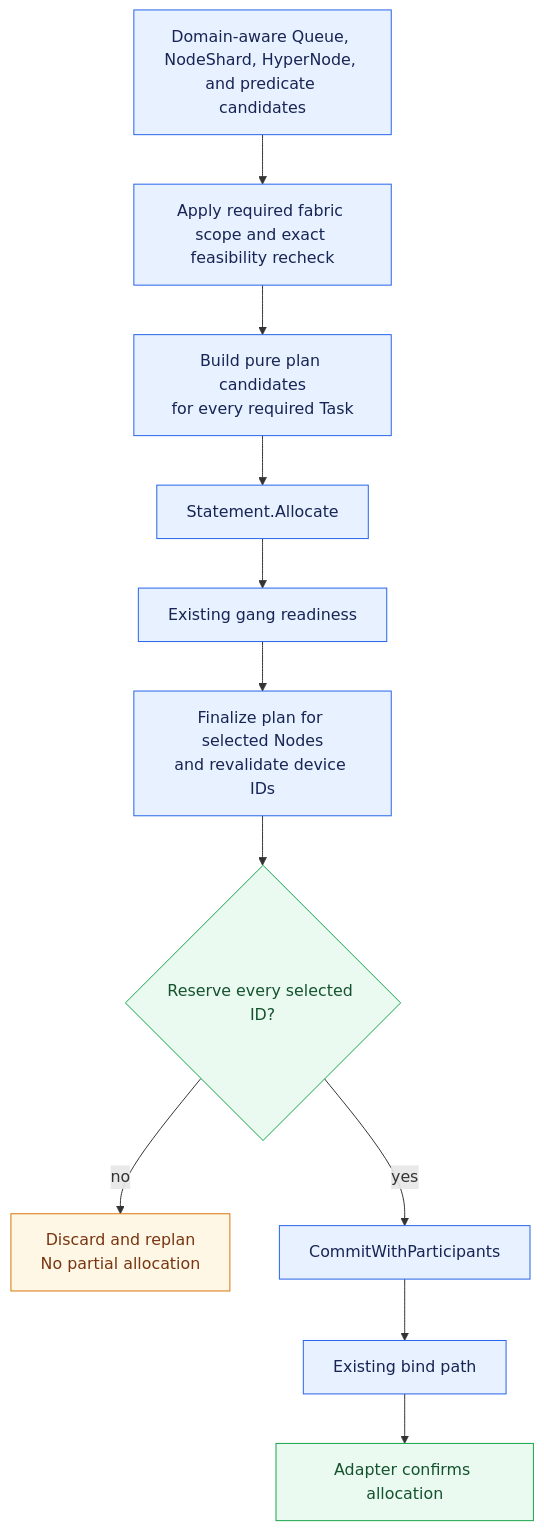
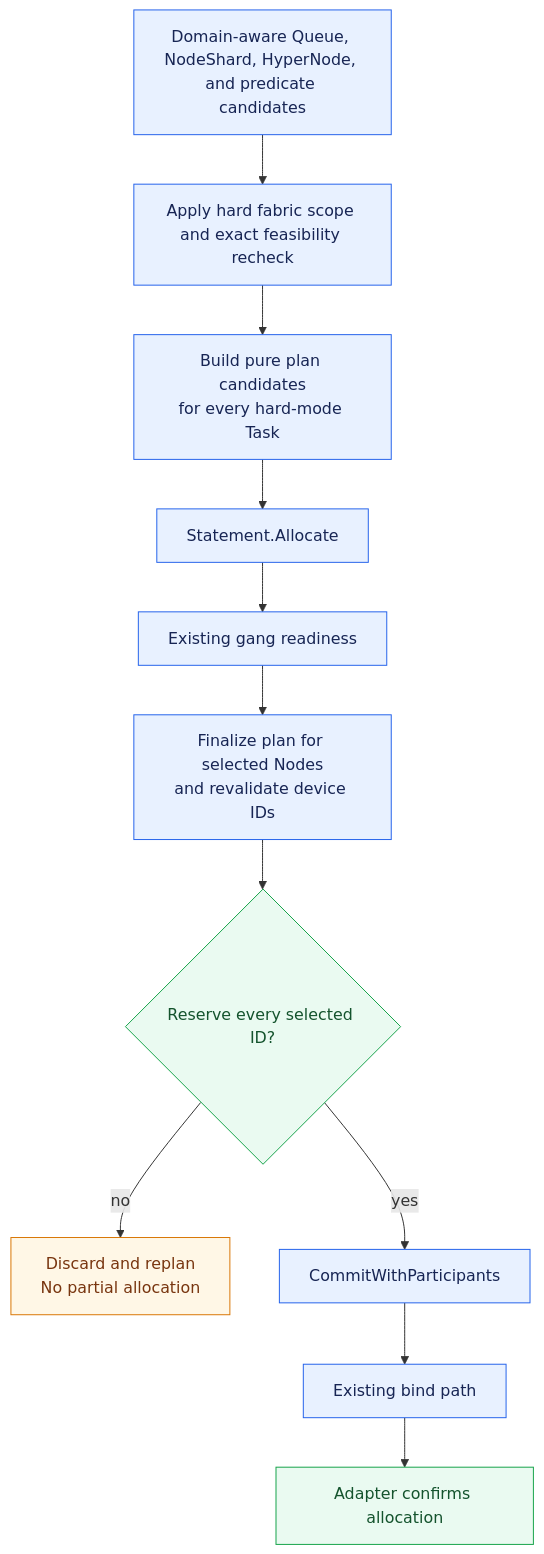
One commit to volcano-sh/volcano changed the sixth of 7 diagrams in docs/design/generic-xpu-topology-aware-scheduling.md. Above: the diagram before and after it, drawn with Mermaid. The commit also changed other lines of this file, not shown here.

Commit message:
docs: refine generic xpu topology-aware scheduling design Align the topology view with SchedulerCache snapshots, clarify provider and canonical identity contracts, define policy lifecycle and failure reporting, and refine compact allocation behavior.

````diff
--- a/docs/design/generic-xpu-topology-aware-scheduling.md
+++ b/docs/design/generic-xpu-topology-aware-scheduling.md
@@ -919,20 +1073,20 @@
 ```mermaid
 flowchart TD
-    Candidates[Domain-aware Queue, NodeShard, HyperNode, and predicate candidates] --> Scope[Apply required fabric scope and exact feasibility recheck]
-    Scope --> Plan["Build pure plan candidates<br/>for every required Task"]
+    Candidates[Domain-aware Queue, NodeShard, HyperNode, and predicate candidates] --> Scope[Apply hard fabric scope and exact feasibility recheck]
+    Scope --> Plan["Build pure plan candidates<br/>for every hard-mode Task"]
     Plan --> Statement[Statement.Allocate]
     Statement --> Ready[Existing gang readiness]
     Ready --> Finalize["Finalize plan for selected Nodes<br/>and revalidate device IDs"]
     Finalize --> Reserve{Reserve every selected ID?}
     Reserve -->|no| Pending["Discard and replan<br/>No partial allocation"]
     Reserve -->|yes| Commit[CommitWithParticipants]
     Commit --> Bind[Existing bind path]
     Bind --> Confirm[Adapter confirms allocation]
 
     classDef normal fill:#e8f1ff,stroke:#2563eb,color:#172554
     classDef safe fill:#eafaf1,stroke:#16a34a,color:#14532d
     classDef wait fill:#fff7e6,stroke:#d97706,color:#78350f
     class Candidates,Scope,Plan,Statement,Ready,Finalize,Commit,Bind normal
     class Reserve,Confirm safe
     class Pending wait
 ```
````
